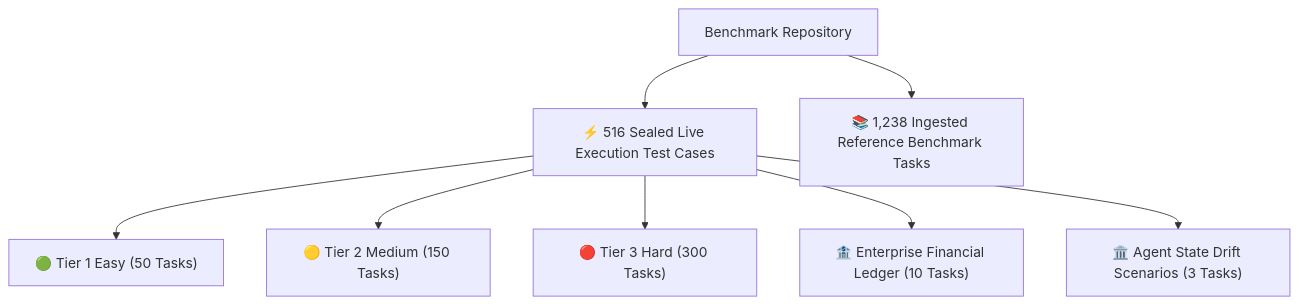
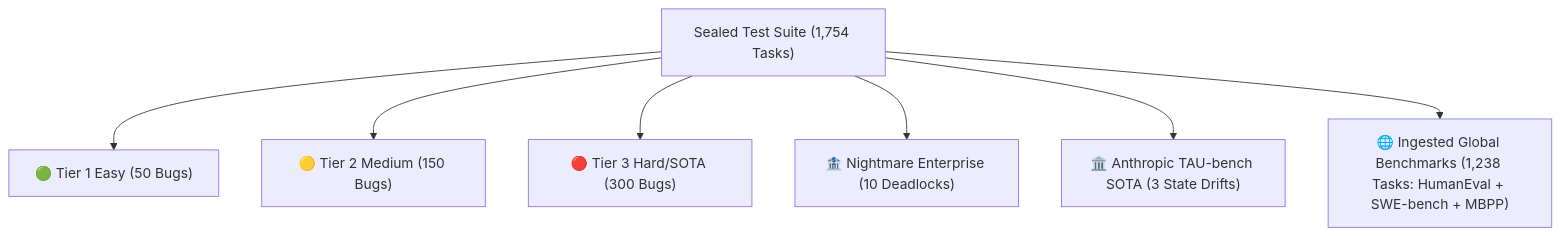
One commit to taurus42119-stack/godkiller-mcp changed the third of 3 diagrams in README.md. Above: the diagram before and after it, drawn with Mermaid. The commit also changed other lines of this file, not shown here.

````diff
--- a/README.md
+++ b/README.md
@@ -90,10 +134,9 @@
 ```mermaid
 graph TD
-    A["Benchmark Repository"] --> B["⚡ 516 Sealed Live Execution Test Cases"]
-    A --> C["📚 1,238 Ingested Reference Benchmark Tasks"]
-    B --> D["🟢 Tier 1 Easy (50 Tasks)"]
-    B --> E["🟡 Tier 2 Medium (150 Tasks)"]
-    B --> F["🔴 Tier 3 Hard (300 Tasks)"]
-    B --> G["🏦 Enterprise Financial Ledger (10 Tasks)"]
-    B --> H["🏛️ Agent State Drift Scenarios (3 Tasks)"]
+    A["Sealed Test Suite (1,754 Tasks)"] --> B["🟢 Tier 1 Easy (50 Bugs)"]
+    A --> C["🟡 Tier 2 Medium (150 Bugs)"]
+    A --> D["🔴 Tier 3 Hard/SOTA (300 Bugs)"]
+    A --> E["🏦 Nightmare Enterprise (10 Deadlocks)"]
+    A --> F["🏛️ Anthropic TAU-bench SOTA (3 State Drifts)"]
+    A --> G["🌐 Ingested Global Benchmarks (1,238 Tasks: HumanEval + SWE-bench + MBPP)"]
 ```
````
